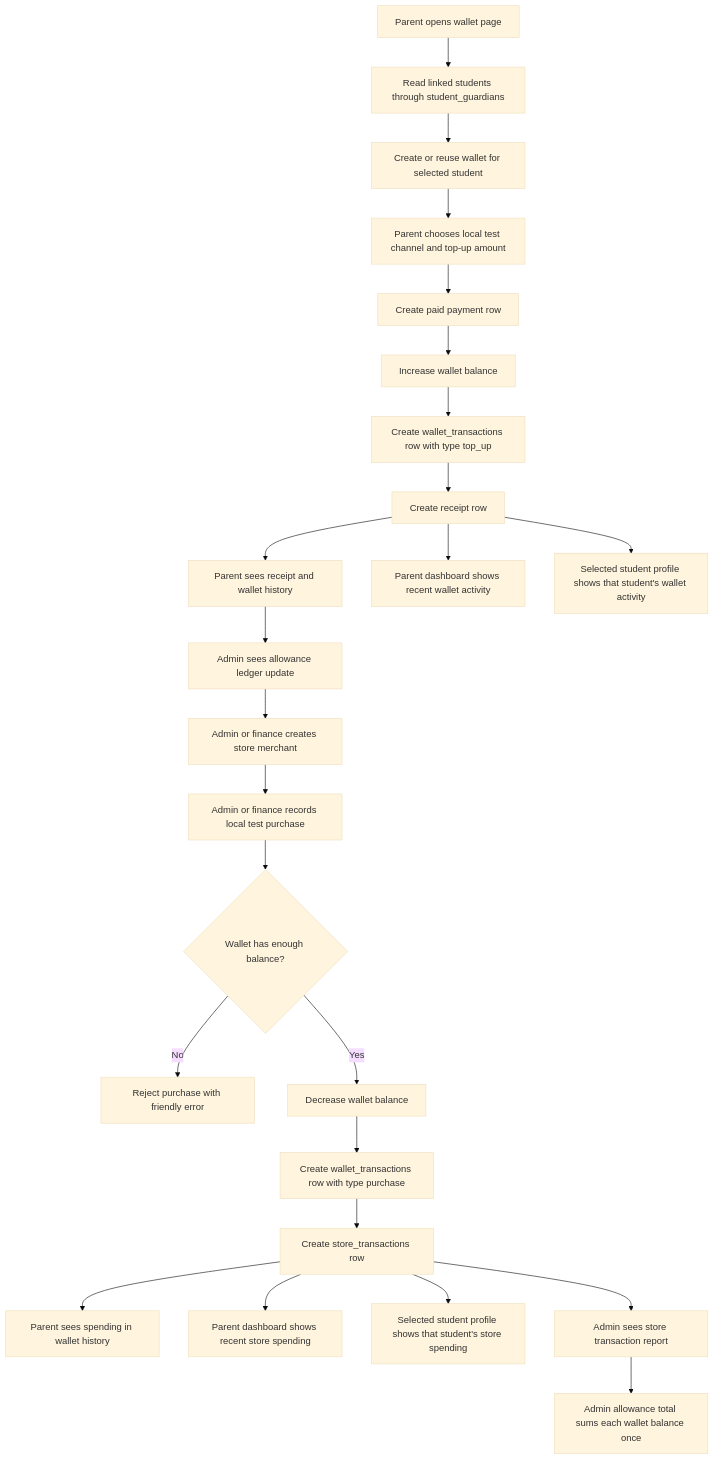
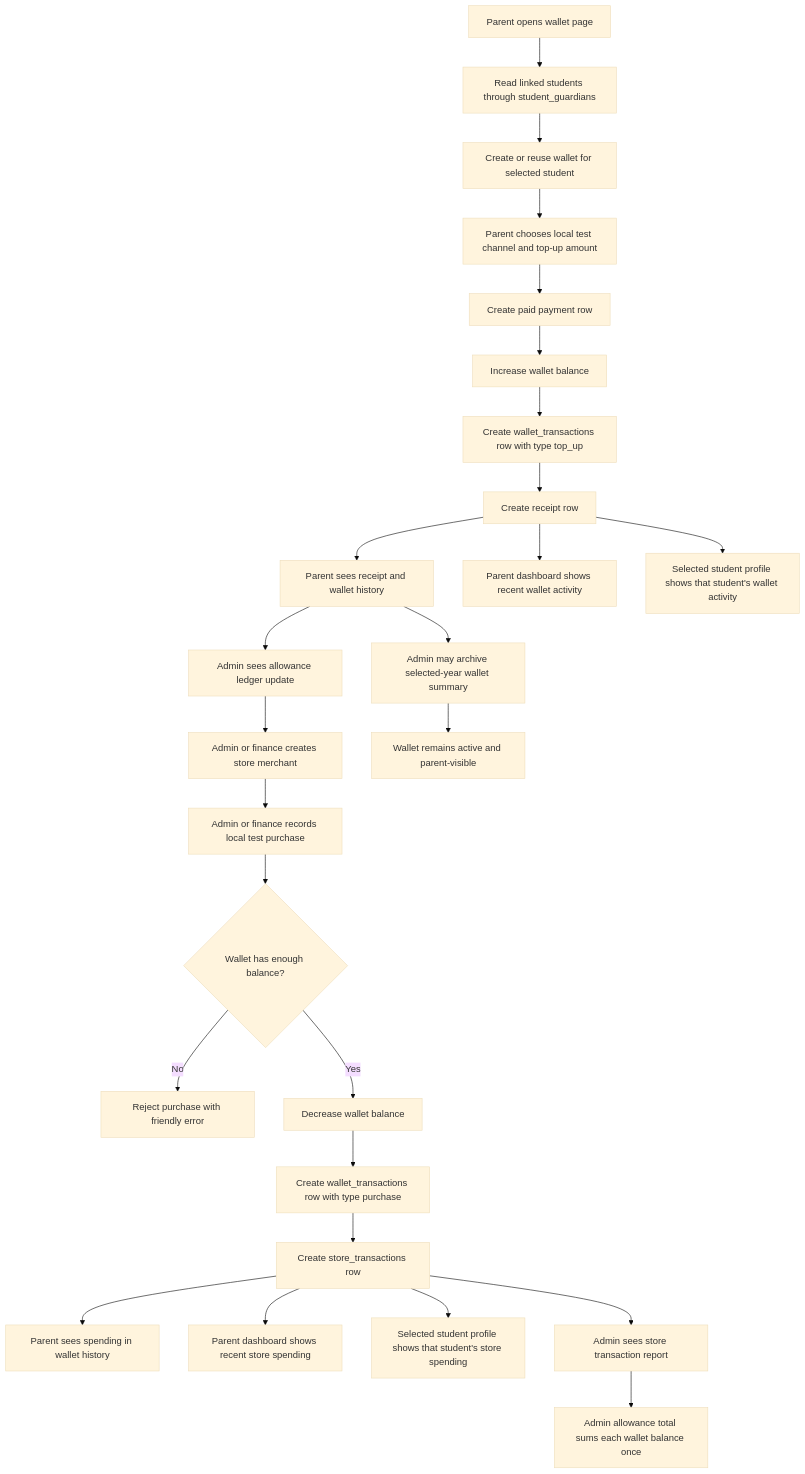
Before and after one commit to Xeyn19/xmetapay: diagram 18 of 21 in docs/PROJECT_FLOWCHARTS.md, drawn with Mermaid (base theme). The commit also changed other lines of this file and 15 other files, not shown here.

````diff
--- a/docs/PROJECT_FLOWCHARTS.md
+++ b/docs/PROJECT_FLOWCHARTS.md
@@ -610,26 +611,28 @@
 ```mermaid
 flowchart TD
   A["Parent opens wallet page"] --> B["Read linked students through student_guardians"]
   B --> C["Create or reuse wallet for selected student"]
   C --> D["Parent chooses local test channel and top-up amount"]
   D --> E["Create paid payment row"]
   E --> F["Increase wallet balance"]
   F --> G["Create wallet_transactions row with type top_up"]
   G --> H["Create receipt row"]
   H --> I["Parent sees receipt and wallet history"]
   H --> I2["Parent dashboard shows recent wallet activity"]
   H --> I3["Selected student profile shows that student's wallet activity"]
   I --> J["Admin sees allowance ledger update"]
   J --> K["Admin or finance creates store merchant"]
   K --> L["Admin or finance records local test purchase"]
   L --> M{"Wallet has enough balance?"}
   M -->|No| N["Reject purchase with friendly error"]
   M -->|Yes| O["Decrease wallet balance"]
   O --> P["Create wallet_transactions row with type purchase"]
   P --> Q["Create store_transactions row"]
   Q --> R["Parent sees spending in wallet history"]
   Q --> R2["Parent dashboard shows recent store spending"]
+  I --> U["Admin may archive selected-year wallet summary"]
+  U --> V["Wallet remains active and parent-visible"]
   Q --> R3["Selected student profile shows that student's store spending"]
   Q --> S["Admin sees store transaction report"]
   S --> T["Admin allowance total sums each wallet balance once"]
 ```
````
